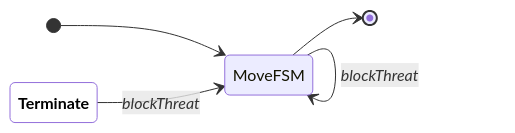
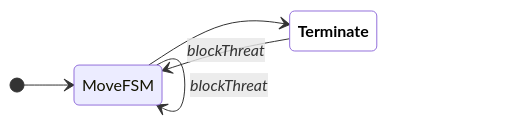
One commit to UBC-Thunderbots/Software changed diagram 15 of 16 in docs/fsm-diagrams.md. Above: the diagram before and after it, drawn with Mermaid. The commit also changed other lines of this file and 1 other file, not shown here.

Commit message:
Combine end and terminate state

````diff
--- a/docs/fsm-diagrams.md
+++ b/docs/fsm-diagrams.md
@@ -261,11 +261,11 @@
 ```mermaid
 
 stateDiagram-v2
 classDef terminate fill:white,color:black,font-weight:bold
 direction LR
 [*] --> MoveFSM
 MoveFSM --> MoveFSM : <i>blockThreat</i>
-MoveFSM --> [*]
+MoveFSM --> Terminate:::terminate
 Terminate:::terminate --> MoveFSM : <i>blockThreat</i>
 
 ```
````
